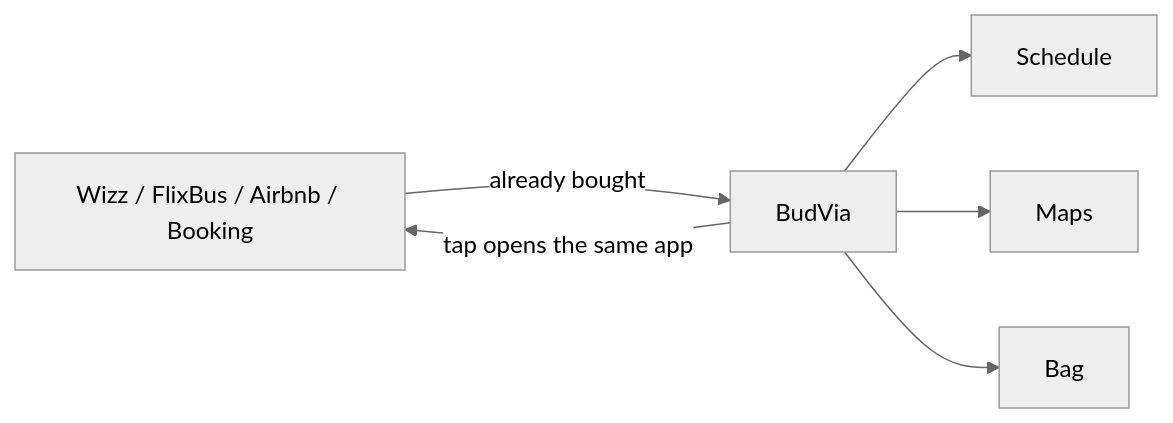
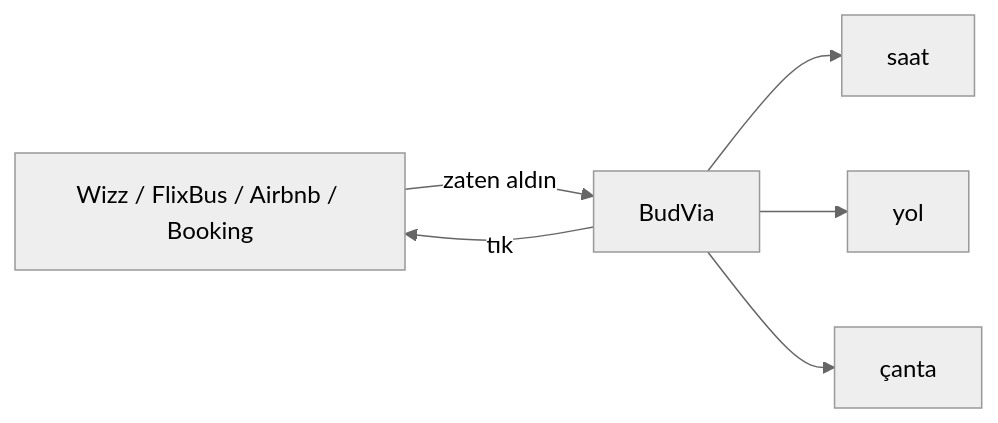
The diagram in README.md (tahsinsakin/TahsinSakin), drawn with Mermaid (neutral theme) before and after one commit. The commit also changed other lines of this file, not shown here.

Commit message:
Sharper profile voice and a harder BudVia pitch

````diff
--- a/README.md
+++ b/README.md
@@ -72,8 +67,8 @@
 ```mermaid
 flowchart LR
-  A[Wizz / FlixBus / Airbnb / Booking] -->|already bought| B[BudVia]
-  B --> C[Schedule]
-  B --> D[Maps]
-  B --> E[Bag]
-  B -->|tap opens the same app| A
+  A[Wizz / FlixBus / Airbnb / Booking] -->|zaten aldın| B[BudVia]
+  B --> C[saat]
+  B --> D[yol]
+  B --> E[çanta]
+  B -->|tık| A
 ```
````
